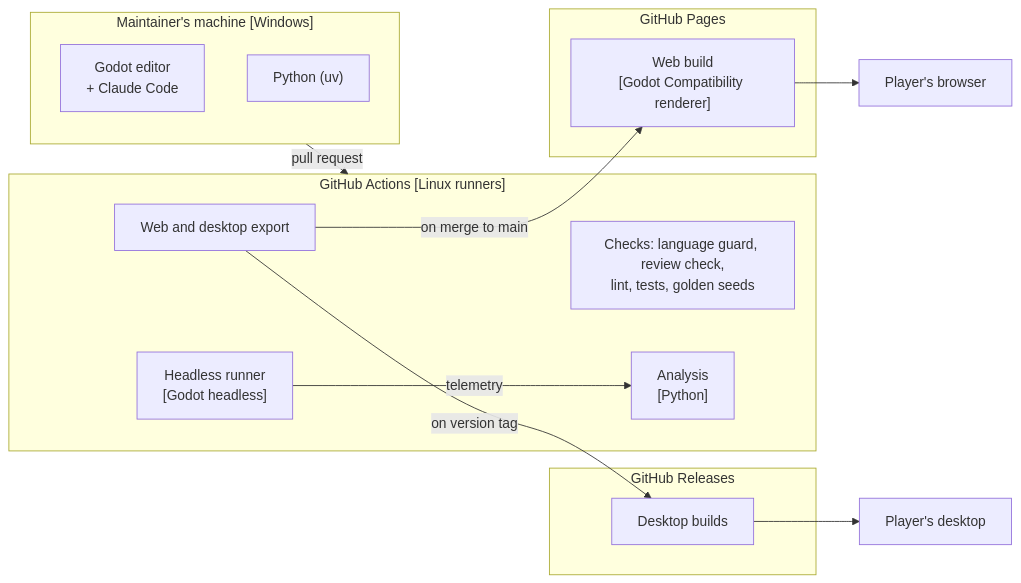
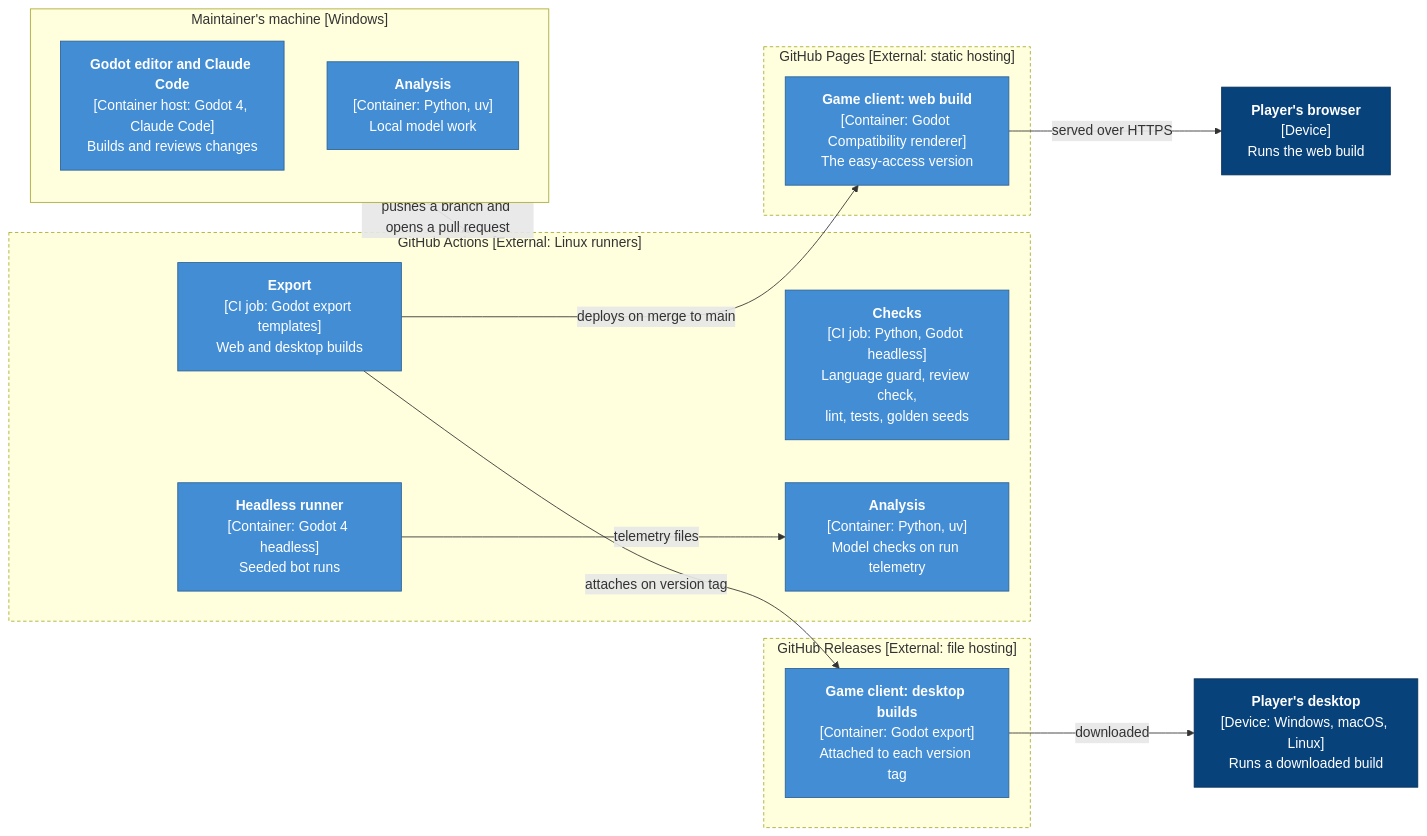
One commit to Huntling94/tallow changed the sixth of 7 diagrams in docs/architecture/overview.md. Above: the diagram before and after it, drawn with Mermaid. The commit also changed other lines of this file and 12 other files, not shown here.

First line of the commit message:
fix: catch-up review of docs merged in #10, and fail the check on post-review files (#12)

````diff
--- a/docs/architecture/overview.md
+++ b/docs/architecture/overview.md
@@ -180,28 +191,36 @@
 ```mermaid
 flowchart LR
     subgraph dev["Maintainer's machine [Windows]"]
-        editor["Godot editor<br/>+ Claude Code"]
-        localpy["Python (uv)"]
+        editor["<b>Godot editor and Claude Code</b><br/>[Container host: Godot 4, Claude Code]<br/>Builds and reviews changes"]
+        localpy["<b>Analysis</b><br/>[Container: Python, uv]<br/>Local model work"]
     end
-    subgraph gha["GitHub Actions [Linux runners]"]
-        checks["Checks: language guard, review check,<br/>lint, tests, golden seeds"]
-        headless["Headless runner<br/>[Godot headless]"]
-        ci_analysis["Analysis<br/>[Python]"]
-        export["Web and desktop export"]
+    subgraph gha["GitHub Actions [External: Linux runners]"]
+        checks["<b>Checks</b><br/>[CI job: Python, Godot headless]<br/>Language guard, review check,<br/>lint, tests, golden seeds"]
+        headless["<b>Headless runner</b><br/>[Container: Godot 4 headless]<br/>Seeded bot runs"]
+        ci_analysis["<b>Analysis</b><br/>[Container: Python, uv]<br/>Model checks on run telemetry"]
+        export["<b>Export</b><br/>[CI job: Godot export templates]<br/>Web and desktop builds"]
     end
-    subgraph pages["GitHub Pages"]
-        web["Web build<br/>[Godot Compatibility renderer]"]
+    subgraph pages["GitHub Pages [External: static hosting]"]
+        web["<b>Game client: web build</b><br/>[Container: Godot Compatibility renderer]<br/>The easy-access version"]
     end
-    subgraph releases["GitHub Releases"]
-        desktop["Desktop builds"]
+    subgraph releases["GitHub Releases [External: file hosting]"]
+        desktop["<b>Game client: desktop builds</b><br/>[Container: Godot export]<br/>Attached to each version tag"]
     end
-    browser["Player's browser"]
-    pc["Player's desktop"]
+    browser["<b>Player's browser</b><br/>[Device]<br/>Runs the web build"]
+    pc["<b>Player's desktop</b><br/>[Device: Windows, macOS, Linux]<br/>Runs a downloaded build"]
 
-    dev -- "pull request" --> gha
-    headless -- "telemetry" --> ci_analysis
-    export -- "on merge to main" --> web
-    export -- "on version tag" --> desktop
-    web --> browser
-    desktop --> pc
+    dev -- "pushes a branch and opens a pull request" --> gha
+    headless -- "telemetry files" --> ci_analysis
+    export -- "deploys on merge to main" --> web
+    export -- "attaches on version tag" --> desktop
+    web -- "served over HTTPS" --> browser
+    desktop -- "downloaded" --> pc
+
+    classDef container fill:#438dd5,color:#fff,stroke:#2e6295
+    classDef device fill:#08427b,color:#fff,stroke:#052e56
+    class editor,localpy,checks,headless,ci_analysis,export,web,desktop container
+    class browser,pc device
+    style gha stroke-dasharray:4 3
+    style pages stroke-dasharray:4 3
+    style releases stroke-dasharray:4 3
 ```
````
